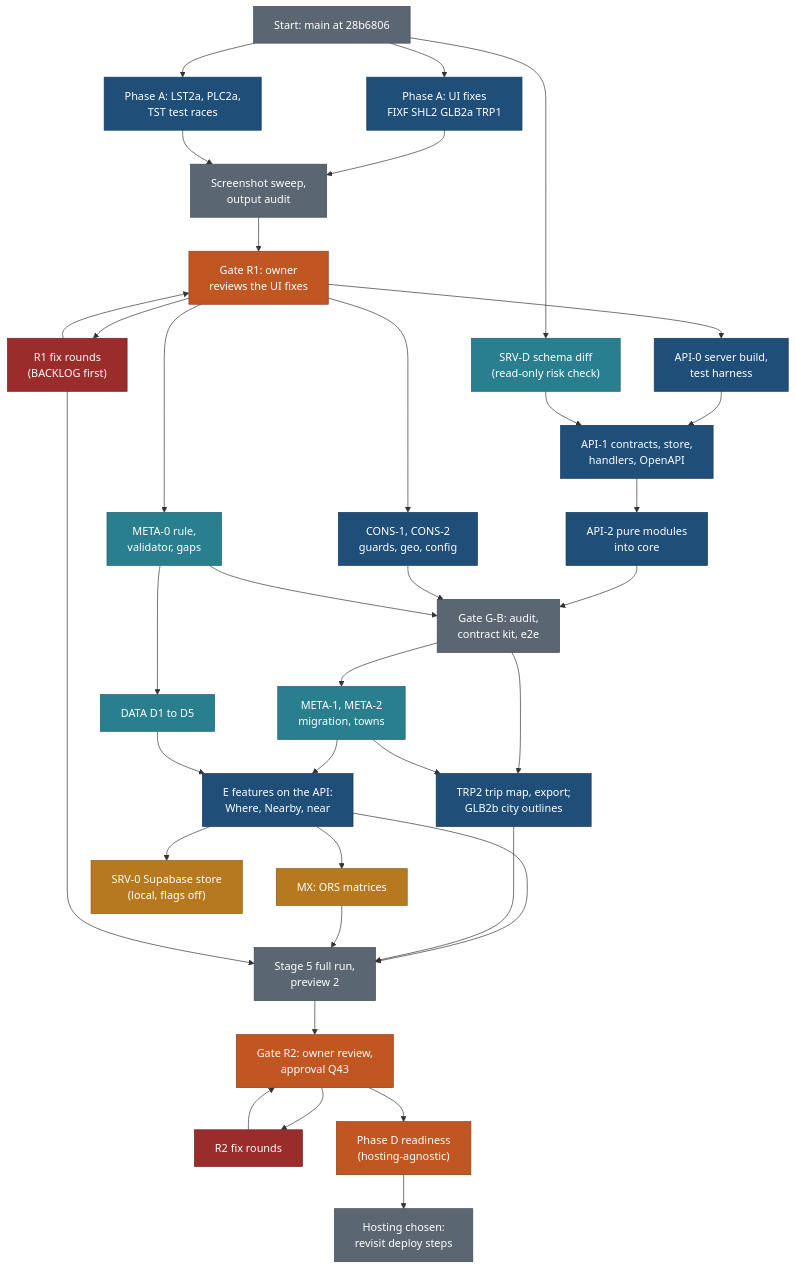
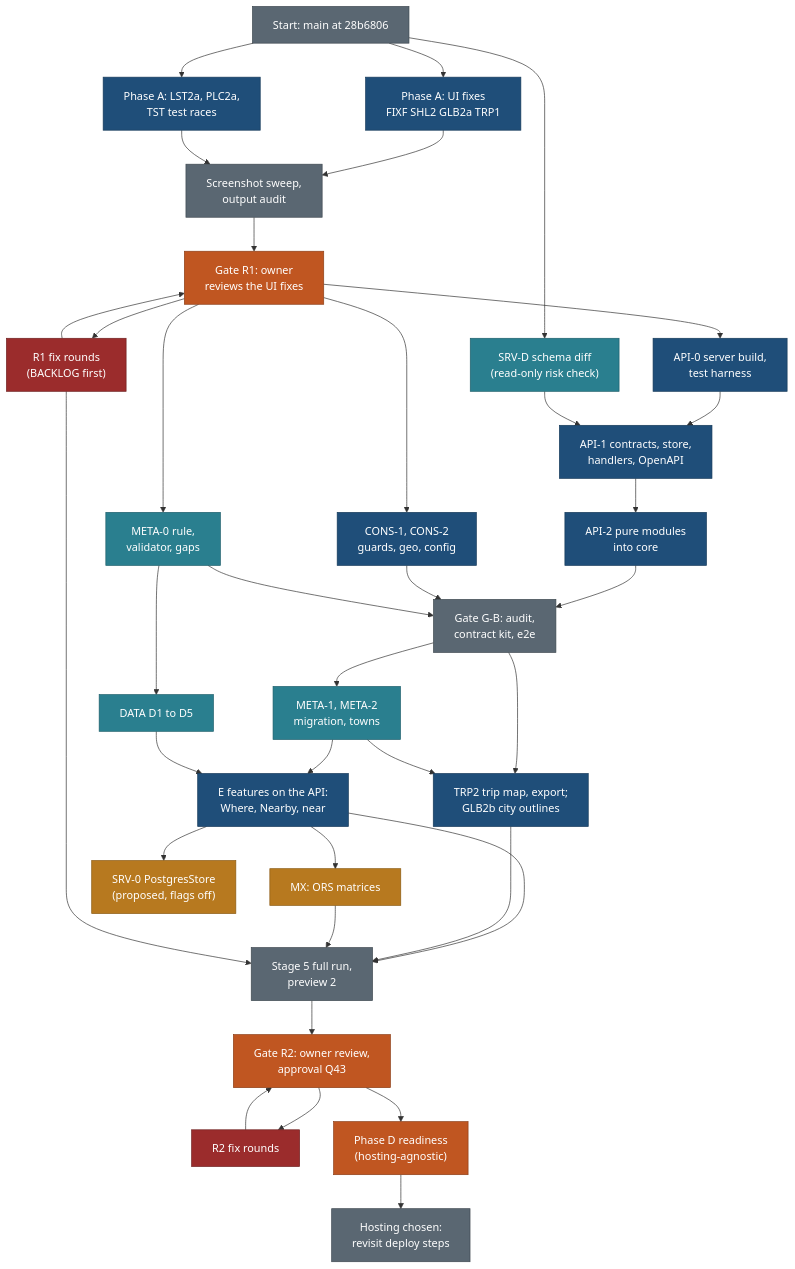
The diagram in docs/v2/build/public-site/EXECUTION-PLAN.md (nitin27may/travel), drawn with Mermaid before and after one commit. The commit also changed other lines of this file and 46 other files, not shown here.

````diff
--- a/docs/v2/build/public-site/EXECUTION-PLAN.md
+++ b/docs/v2/build/public-site/EXECUTION-PLAN.md
@@ -52,59 +54,59 @@
 ```mermaid
 flowchart TD
   classDef core fill:#1F4E79,stroke:#163A5A,color:#FFFFFF
   classDef data fill:#2A7F8F,stroke:#1E5F6B,color:#FFFFFF
   classDef ext fill:#B7791F,stroke:#8A5A12,color:#FFFFFF
   classDef gate fill:#C05621,stroke:#8C3E17,color:#FFFFFF
   classDef infra fill:#5A6772,stroke:#3E4850,color:#FFFFFF
   classDef red fill:#9B2C2C,stroke:#6E1F1F,color:#FFFFFF
 
   N0["Start: main at 28b6806"]:::infra
   SD["SRV-D schema diff<br/>(read-only risk check)"]:::data
   A["Phase A: UI fixes<br/>FIXF SHL2 GLB2a TRP1"]:::core
   A2["Phase A: LST2a, PLC2a,<br/>TST test races"]:::core
   SW["Screenshot sweep,<br/>output audit"]:::infra
   R1["Gate R1: owner<br/>reviews the UI fixes"]:::gate
   F1["R1 fix rounds<br/>(BACKLOG first)"]:::red
   API0["API-0 server build,<br/>test harness"]:::core
   API1["API-1 contracts, store,<br/>handlers, OpenAPI"]:::core
   API2["API-2 pure modules<br/>into core"]:::core
   CN["CONS-1, CONS-2<br/>guards, geo, config"]:::core
   M0["META-0 rule,<br/>validator, gaps"]:::data
   GB["Gate G-B: audit,<br/>contract kit, e2e"]:::infra
   M1["META-1, META-2<br/>migration, towns"]:::data
   DT["DATA D1 to D5"]:::data
   EUI["E features on the API:<br/>Where, Nearby, near"]:::core
   ETR["TRP2 trip map, export;<br/>GLB2b city outlines"]:::core
   MX["MX: ORS matrices"]:::ext
   S5["Stage 5 full run,<br/>preview 2"]:::infra
   R2["Gate R2: owner review,<br/>approval Q43"]:::gate
   F2["R2 fix rounds"]:::red
   D["Phase D readiness<br/>(hosting-agnostic)"]:::gate
-  SRV["SRV-0 Supabase store<br/>(local, flags off)"]:::ext
+  SRV["SRV-0 PostgresStore<br/>(proposed, flags off)"]:::ext
   HOST["Hosting chosen:<br/>revisit deploy steps"]:::infra
 
   N0 --> A --> SW
   N0 --> A2 --> SW
   N0 --> SD
   SW --> R1
   R1 --> F1 --> R1
   R1 --> API0 --> API1 --> API2 --> GB
   R1 --> CN --> GB
   R1 --> M0 --> GB
   M0 --> DT
   SD --> API1
   GB --> M1 --> EUI
   DT --> EUI
   GB --> ETR
   M1 --> ETR
   EUI --> MX
   EUI --> S5
   ETR --> S5
   MX --> S5
   F1 --> S5
   S5 --> R2
   R2 --> F2 --> R2
   R2 --> D
   EUI --> SRV
   D --> HOST
 ```
````
